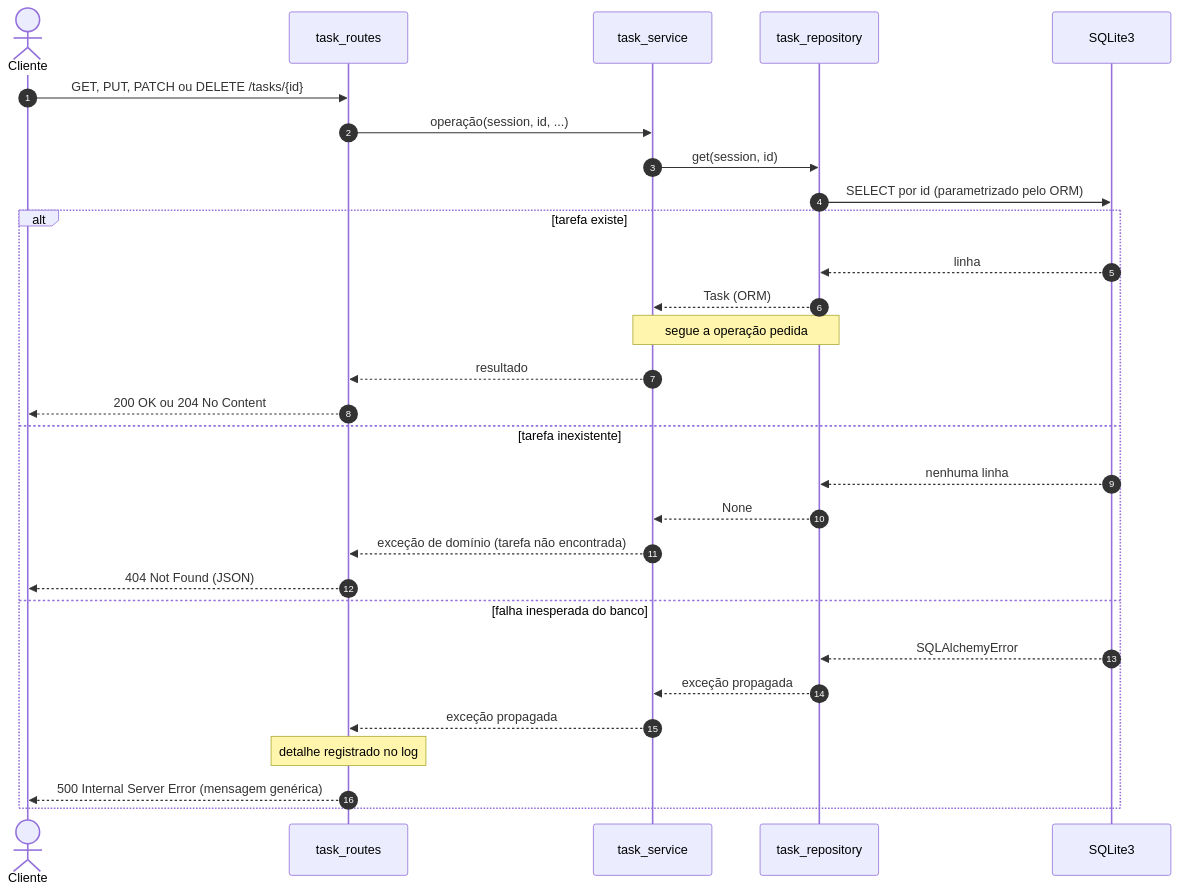
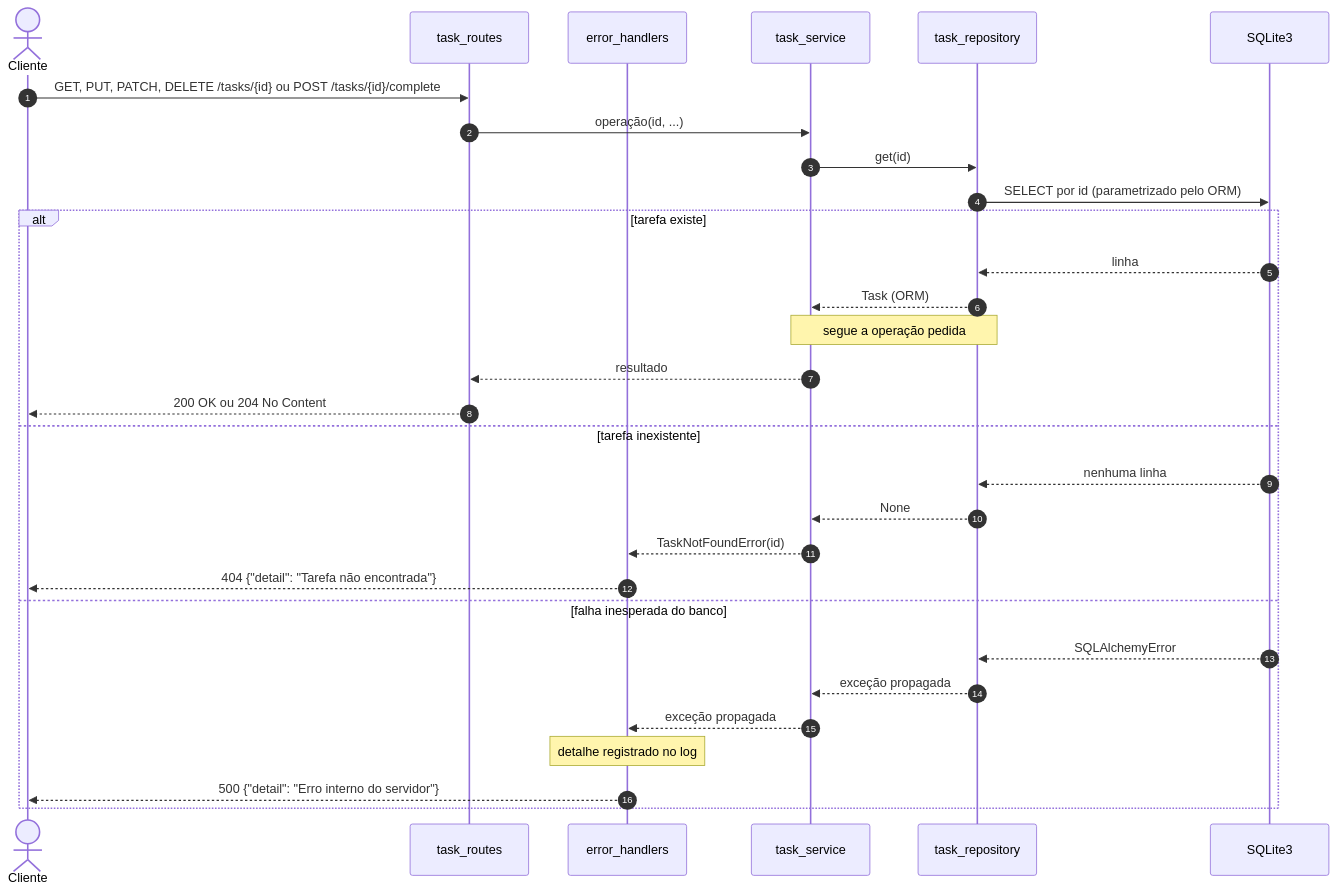
The fourth of 6 diagrams in docs/arquitetura.md (luisZsiqueira/laboratorio-projeto), drawn with Mermaid before and after one commit. The commit also changed other lines of this file and 11 other files, not shown here.

````diff
--- a/docs/arquitetura.md
+++ b/docs/arquitetura.md
@@ -160,32 +169,33 @@
 ```mermaid
 sequenceDiagram
     autonumber
     actor C as Cliente
     participant R as task_routes
+    participant E as error_handlers
     participant S as task_service
     participant Rep as task_repository
     participant DB as SQLite3
 
-    C->>R: GET, PUT, PATCH ou DELETE /tasks/{id}
-    R->>S: operação(session, id, ...)
-    S->>Rep: get(session, id)
+    C->>R: GET, PUT, PATCH, DELETE /tasks/{id} ou POST /tasks/{id}/complete
+    R->>S: operação(id, ...)
+    S->>Rep: get(id)
     Rep->>DB: SELECT por id (parametrizado pelo ORM)
     alt tarefa existe
         DB-->>Rep: linha
         Rep-->>S: Task (ORM)
         Note over S,Rep: segue a operação pedida
         S-->>R: resultado
         R-->>C: 200 OK ou 204 No Content
     else tarefa inexistente
         DB-->>Rep: nenhuma linha
         Rep-->>S: None
-        S-->>R: exceção de domínio (tarefa não encontrada)
-        R-->>C: 404 Not Found (JSON)
+        S-->>E: TaskNotFoundError(id)
+        E-->>C: 404 {"detail": "Tarefa não encontrada"}
     else falha inesperada do banco
         DB-->>Rep: SQLAlchemyError
         Rep-->>S: exceção propagada
-        S-->>R: exceção propagada
-        Note over R: detalhe registrado no log
-        R-->>C: 500 Internal Server Error (mensagem genérica)
+        S-->>E: exceção propagada
+        Note over E: detalhe registrado no log
+        E-->>C: 500 {"detail": "Erro interno do servidor"}
     end
 ```
````
